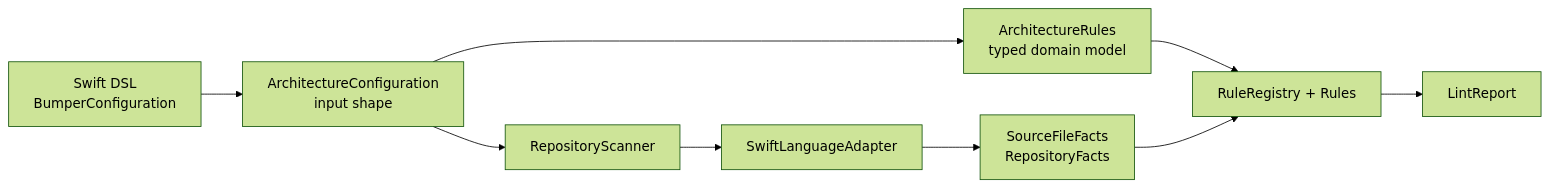
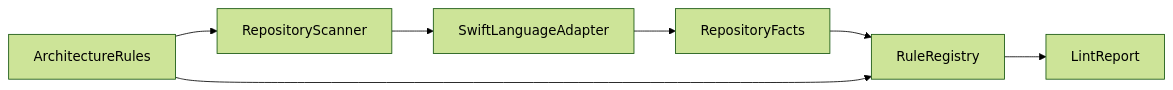
The first of 7 diagrams in ARCHITECTURE_SNAPSHOT.md (RoyalPineapple/BumperBowling), drawn with Mermaid (forest theme) before and after one commit. The commit also changed other lines of this file and 2 other files, not shown here.

Commit message:
Tighten architecture snapshot output

````diff
--- a/ARCHITECTURE_SNAPSHOT.md
+++ b/ARCHITECTURE_SNAPSHOT.md
@@ -63,20 +17,9 @@
 ```mermaid
 flowchart LR
-    DSL["Swift DSL\nBumperConfiguration"]
-    Config["ArchitectureConfiguration\ninput shape"]
-    TypedRules["ArchitectureRules\ntyped domain model"]
-    Scanner["RepositoryScanner"]
-    Adapter["SwiftLanguageAdapter"]
-    Facts["SourceFileFacts\nRepositoryFacts"]
-    Engine["RuleRegistry + Rules"]
-    Report["LintReport"]
-
-    DSL --> Config
-    Config --> TypedRules
-    Config --> Scanner
-    Scanner --> Adapter
-    Adapter --> Facts
-    TypedRules --> Engine
-    Facts --> Engine
-    Engine --> Report
+    Config["ArchitectureRules"] --> Scanner["RepositoryScanner"]
+    Scanner --> Swift["SwiftLanguageAdapter"]
+    Swift --> Facts["RepositoryFacts"]
+    Facts --> Rules["RuleRegistry"]
+    Config --> Rules
+    Rules --> Report["LintReport"]
 ```
````
